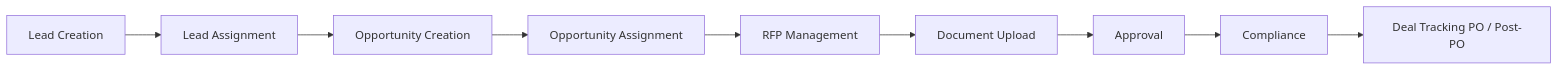
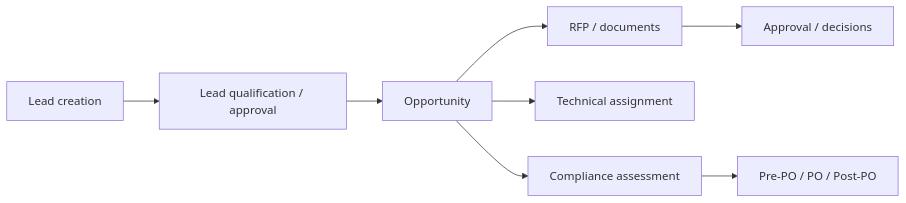
The diagram in docs/system-design/09-business-workflow.md (saurabhnpst/NPST_DEAL_PULSE), drawn with Mermaid before and after one commit. The commit also changed other lines of this file and 75 other files, not shown here.

````diff
--- a/docs/system-design/09-business-workflow.md
+++ b/docs/system-design/09-business-workflow.md
@@ -7,14 +7,17 @@
 ```mermaid
 flowchart LR
-  LC[Lead Creation]
-  LA[Lead Assignment]
-  OC[Opportunity Creation]
-  OA[Opportunity Assignment]
-  RM[RFP Management]
-  DU[Document Upload]
-  AP[Approval]
-  CV[Compliance]
-  DT[Deal Tracking PO / Post-PO]
+  LC[Lead creation]
+  LQ[Lead qualification / approval]
+  OC[Opportunity]
+  RA[RFP / documents]
+  TA[Technical assignment]
+  AP[Approval / decisions]
+  CV[Compliance assessment]
+  PO[Pre-PO / PO / Post-PO]
 
-  LC --> LA --> OC --> OA --> RM --> DU --> AP --> CV --> DT
+  LC --> LQ --> OC --> RA
+  OC --> TA
+  RA --> AP
+  OC --> CV
+  CV --> PO
 ```
````
